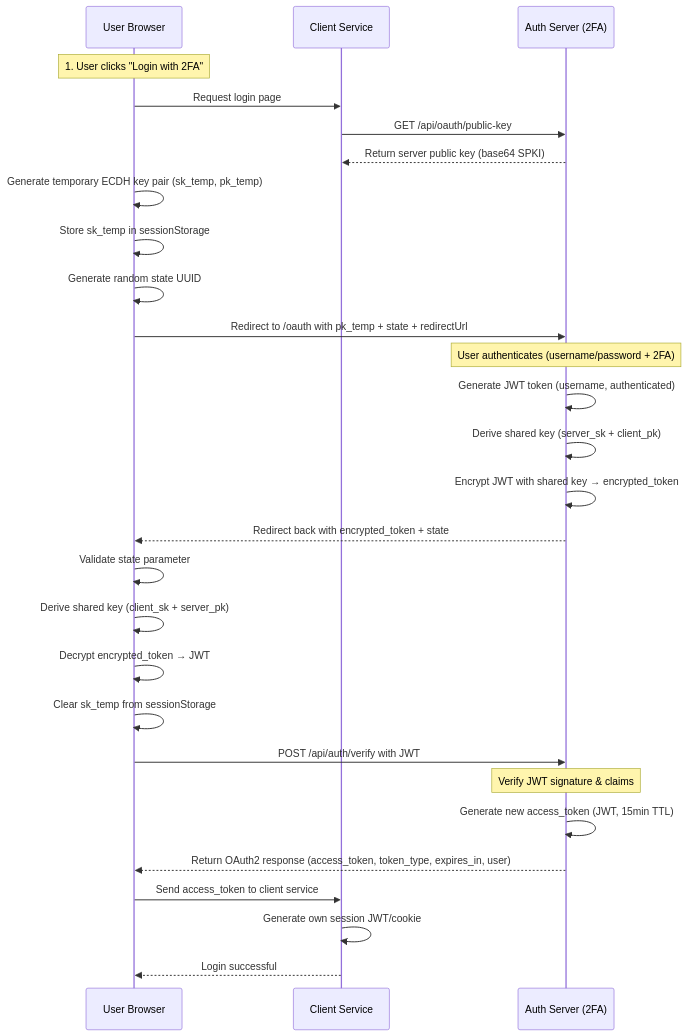
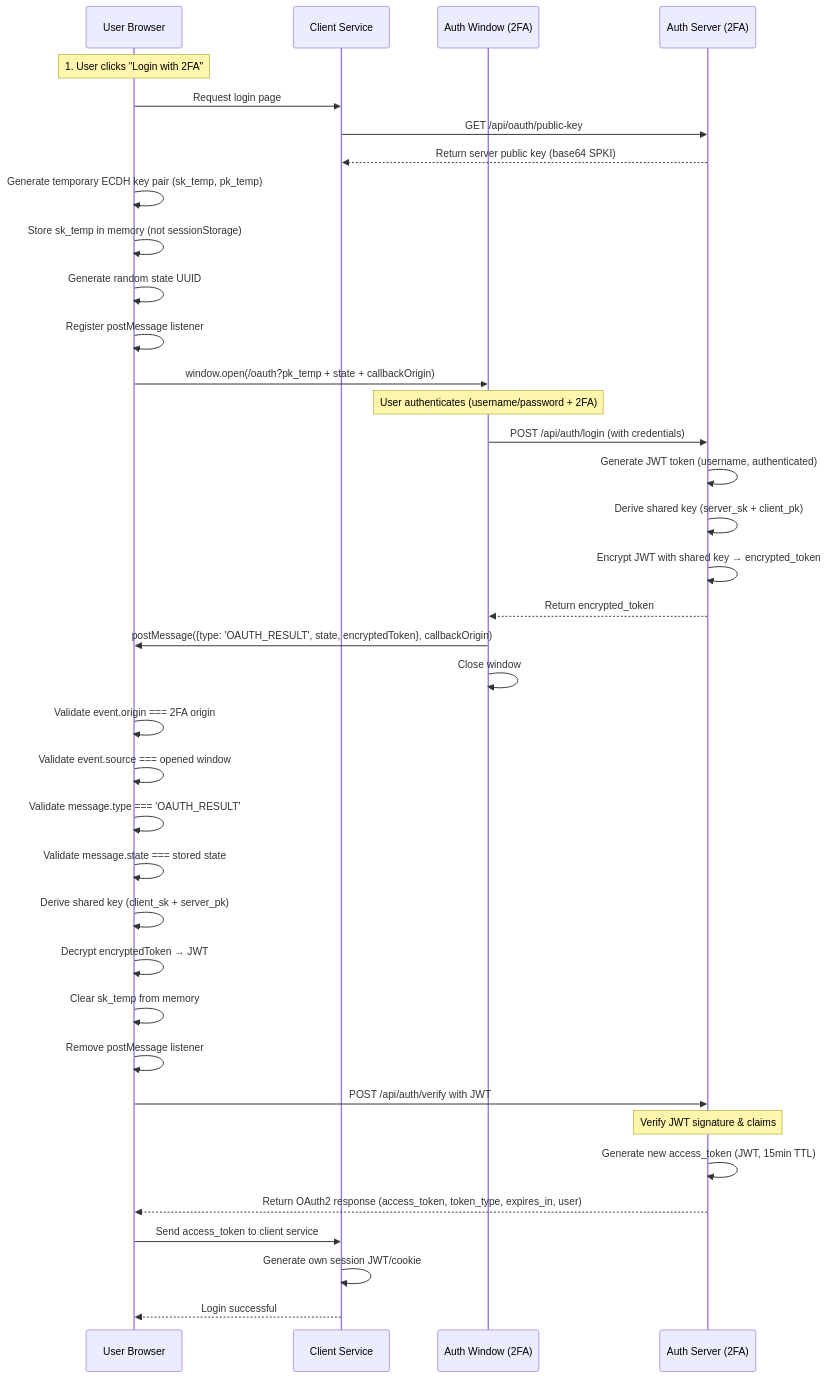
One commit to DavidKk/vercel-2fa changed the diagram in app/ecdh/docs/flow.md. Above: the diagram before and after it, drawn with Mermaid. The commit also changed other lines of this file and 7 other files, not shown here.

Commit message:
perf: oauth callback

````diff
--- a/app/ecdh/docs/flow.md
+++ b/app/ecdh/docs/flow.md
@@ -5,38 +5,47 @@
 ```mermaid
 sequenceDiagram
     participant User as User Browser
     participant Client as Client Service
+    participant AuthWindow as Auth Window (2FA)
     participant Auth as Auth Server (2FA)
 
     Note over User: 1. User clicks "Login with 2FA"
 
     User->>Client: Request login page
     Client->>Auth: GET /api/oauth/public-key
     Auth-->>Client: Return server public key (base64 SPKI)
 
     User->>User: Generate temporary ECDH key pair (sk_temp, pk_temp)
-    User->>User: Store sk_temp in sessionStorage
+    User->>User: Store sk_temp in memory (not sessionStorage)
     User->>User: Generate random state UUID
+    User->>User: Register postMessage listener
 
-    User->>Auth: Redirect to /oauth with pk_temp + state + redirectUrl
-    Note over Auth: User authenticates (username/password + 2FA)
+    User->>AuthWindow: window.open(/oauth?pk_temp + state + callbackOrigin)
+    Note over AuthWindow: User authenticates (username/password + 2FA)
+    AuthWindow->>Auth: POST /api/auth/login (with credentials)
     Auth->>Auth: Generate JWT token (username, authenticated)
     Auth->>Auth: Derive shared key (server_sk + client_pk)
     Auth->>Auth: Encrypt JWT with shared key → encrypted_token
+    Auth-->>AuthWindow: Return encrypted_token
 
-    Auth-->>User: Redirect back with encrypted_token + state
+    AuthWindow->>User: postMessage({type: 'OAUTH_RESULT', state, encryptedToken}, callbackOrigin)
+    AuthWindow->>AuthWindow: Close window
 
-    User->>User: Validate state parameter
+    User->>User: Validate event.origin === 2FA origin
+    User->>User: Validate event.source === opened window
+    User->>User: Validate message.type === 'OAUTH_RESULT'
+    User->>User: Validate message.state === stored state
     User->>User: Derive shared key (client_sk + server_pk)
-    User->>User: Decrypt encrypted_token → JWT
-    User->>User: Clear sk_temp from sessionStorage
+    User->>User: Decrypt encryptedToken → JWT
+    User->>User: Clear sk_temp from memory
+    User->>User: Remove postMessage listener
 
     User->>Auth: POST /api/auth/verify with JWT
     Note over Auth: Verify JWT signature & claims
     Auth->>Auth: Generate new access_token (JWT, 15min TTL)
     Auth-->>User: Return OAuth2 response (access_token, token_type, expires_in, user)
 
     User->>Client: Send access_token to client service
     Client->>Client: Generate own session JWT/cookie
     Client-->>User: Login successful
 ```
````
